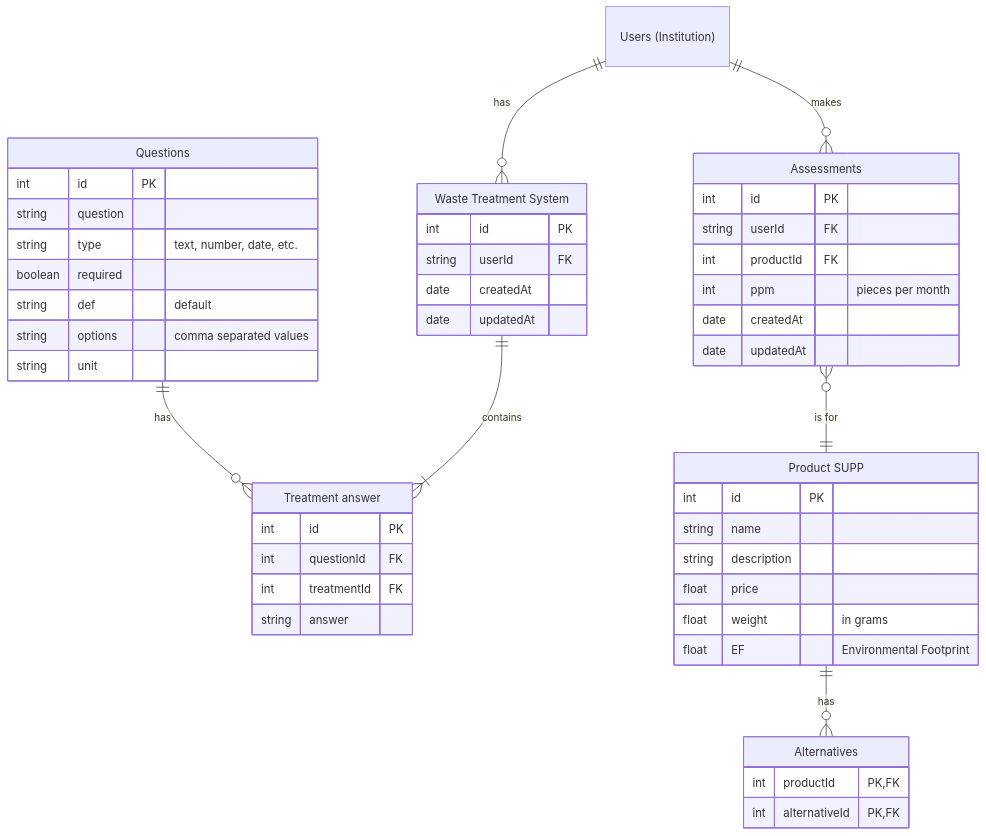
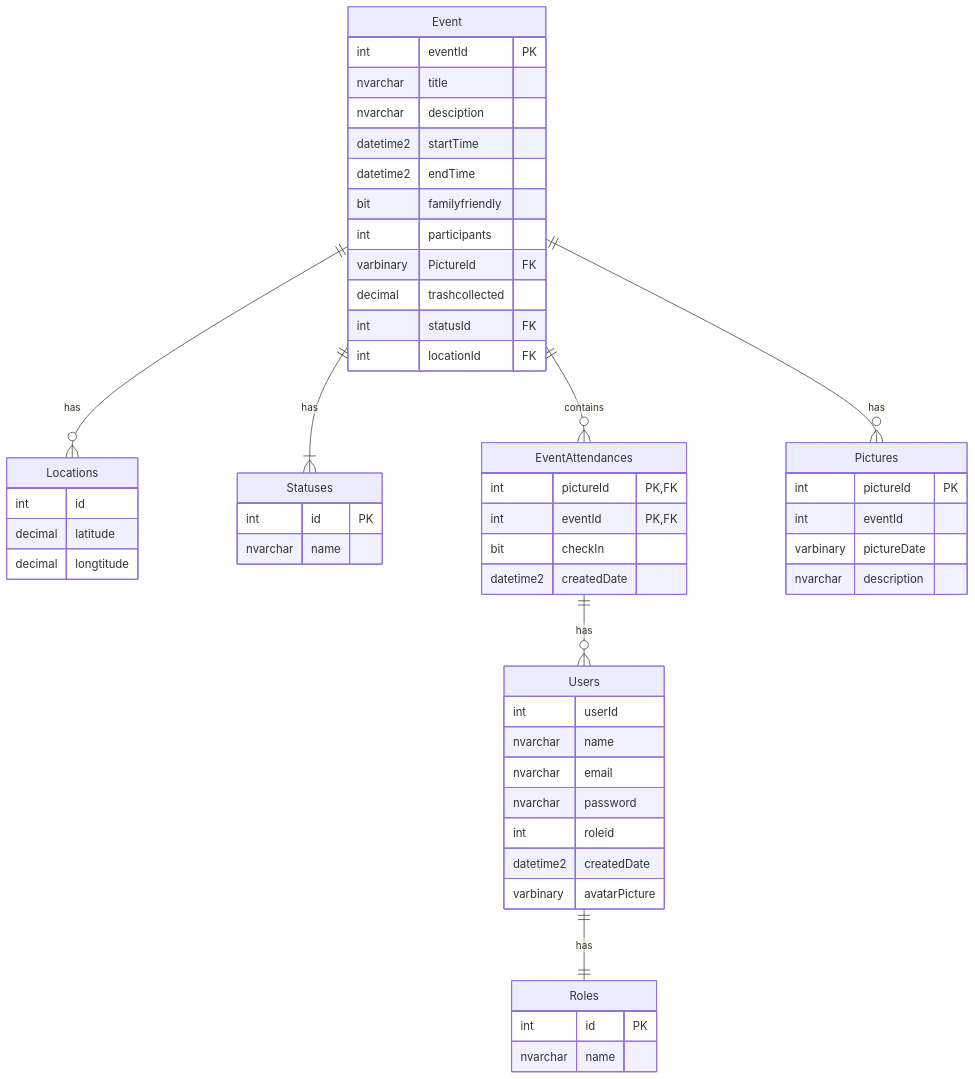
One commit to hamfrasyd/QuatroCleanUp changed the diagram in ER+RDS.md. Above: the diagram before and after it, drawn with Mermaid.

````diff
--- a/ER+RDS.md
+++ b/ER+RDS.md
@@ -5,59 +5,64 @@
 ```mermaid
 erDiagram
-users["Users (Institution)"] {}
-
-treatments["Waste Treatment System"] {
-    int id PK
-    string userId FK
-    date createdAt
-    date updatedAt
+users["Users"] {
+    int userId
+    nvarchar name
+    nvarchar email
+    nvarchar password
+    int roleid
+    datetime2 createdDate
+    varbinary avatarPicture
 }
 
-questions["Questions"] {
-    int id PK
-    string question
-    string type "text, number, date, etc."
-    boolean required
-    string def "default"
-    string options "comma separated values"
-    string unit
+locations["Locations"] {
+    int id
+    decimal latitude
+    decimal longtitude
 }
 
-answer["Treatment answer"] {
+roles["Roles"] {
     int id PK
-    int questionId FK
-    int treatmentId FK
-    string answer
+    nvarchar name
 }
 
-products["Product SUPP"] {
+statuses["Statuses"] {
     int id PK
-    string name
-    string description
-    float price 
-    float weight "in grams"
-    float EF "Environmental Footprint"
+    nvarchar name
 }
 
-alternatives["Alternatives"] {
-    int productId PK, FK
-    int alternativeId PK, FK
+event["Event"] {
+    int eventId PK
+    nvarchar title
+    nvarchar desciption
+    datetime2 startTime
+    datetime2 endTime
+    bit familyfriendly
+    int participants
+    varbinary PictureId FK
+    decimal trashcollected
+    int statusId FK
+    int locationId FK   
 }
 
-assessments["Assessments"] {
-    int id PK
-    string userId FK
-    int productId FK
-    int ppm "pieces per month"
-    date createdAt
-    date updatedAt
+eventAttendances["EventAttendances"] {
+    int pictureId PK, FK
+    int eventId PK, FK
+    bit checkIn
+    datetime2 createdDate
 }
 
-questions ||--o{ answer : "has"
-treatments ||-- |{ answer : "contains"
-users ||--o{ treatments : "has"
-users ||--o{ assessments : "makes"
-products ||--o{ alternatives : "has"
-assessments }o--|| products : "is for"
+pictures["Pictures"] {
+    int pictureId PK
+    int eventId
+    varbinary pictureDate
+    nvarchar description
+}
+
+eventAttendances ||--o{ users : "has"
+event ||--o{eventAttendances : "contains"
+users ||--|| roles : "has"
+event ||-- |{ statuses : "has"
+event ||--o{ locations : "has"
+event ||--o{ pictures : "has"
 
 ```
````
